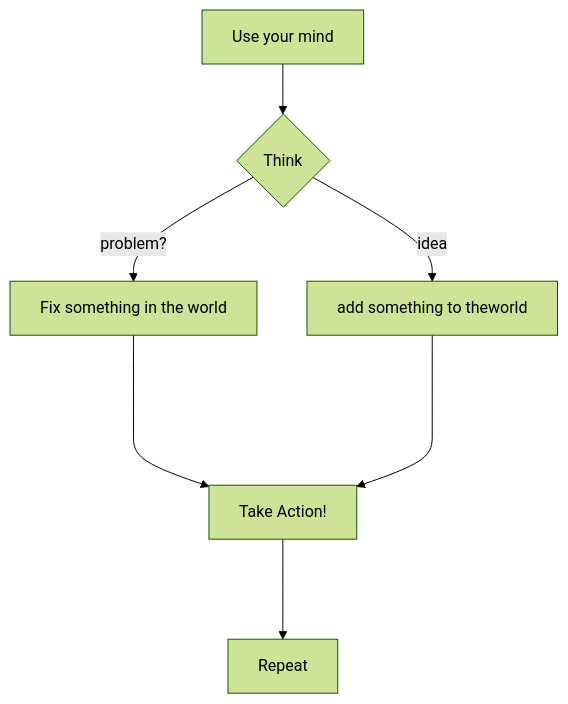
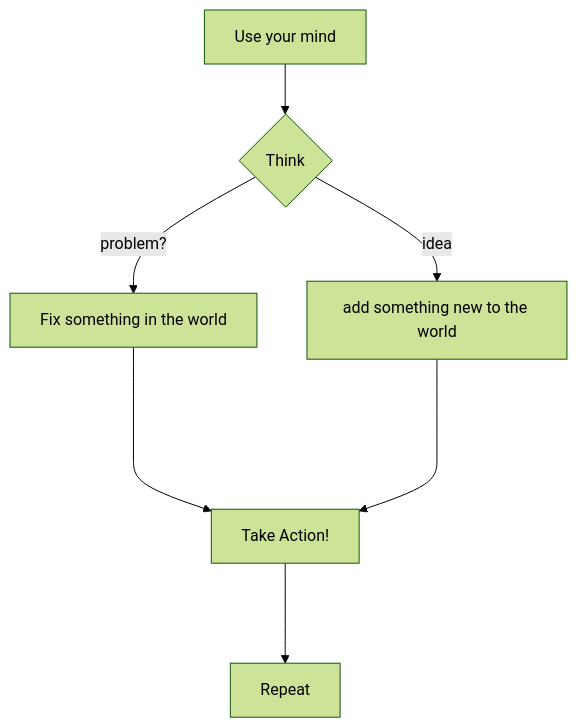
The diagram in README.md (Keon-Jukes/Keon-Jukes), drawn with Mermaid (forest theme) before and after one commit.

````diff
--- a/README.md
+++ b/README.md
@@ -43,9 +43,9 @@
 ```mermaid
   graph TD;
       A[Use your mind]--> B{Think};
       B--problem?--> C[Fix something in the world];
-      B--idea --> D[add something to theworld];
+      B--idea --> D[add something new to the world];
       C----> E[Take Action!];
       D----> E[Take Action!];
       E---> F[Repeat]
 ```
````
